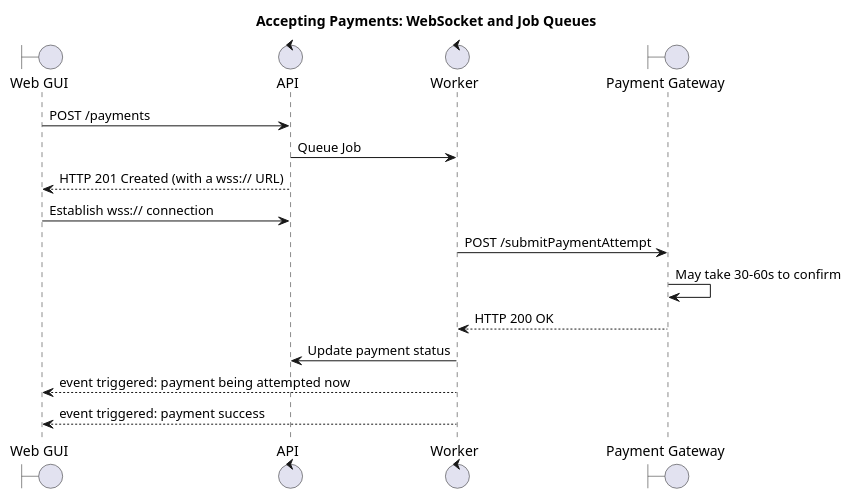
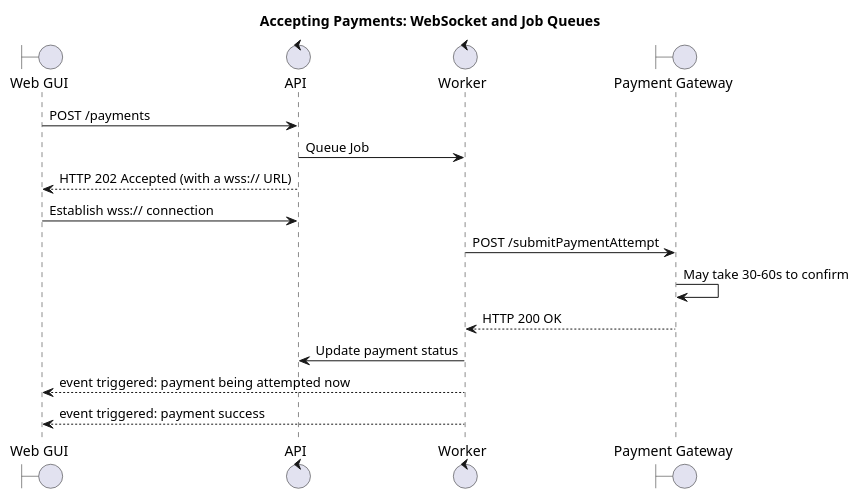
One commit to apisyouwonthate/book-build-apis-2 changed the third of 4 diagrams in src/1-theory/10-async.adoc. Above: the diagram before and after it, drawn with PlantUML. The commit also changed other lines of this file and 1 other file, not shown here.

```diff
--- a/src/1-theory/10-async.adoc
+++ b/src/1-theory/10-async.adoc
@@ -316,24 +320,24 @@
 [plantuml]
 ----
 @startuml
 
 title Accepting Payments: WebSocket and Job Queues
 
 boundary "Web GUI" as GUI
 control "API"
 control Worker
 boundary "Payment Gateway" as PG
 
 GUI -> API: POST /payments
 API -> Worker: Queue Job
-GUI <-- API: HTTP 201 Created (with a wss:// URL)
+GUI <-- API: HTTP 202 Accepted (with a wss:// URL)
 GUI -> API: Establish wss:// connection
 Worker -> PG: POST /submitPaymentAttempt
 PG -> PG: May take 30-60s to confirm
 Worker <-- PG: HTTP 200 OK
 Worker -> API: Update payment status
 GUI <-- Worker: event triggered: payment being attempted now
 GUI <-- Worker: event triggered: payment success
 
 @enduml
 ----
```
